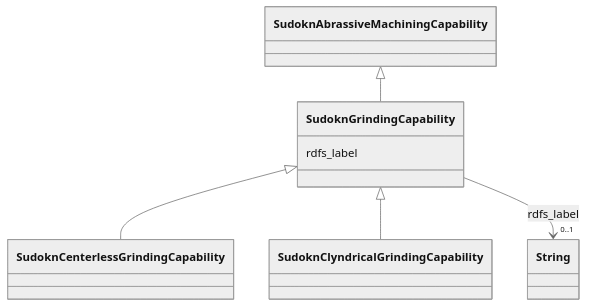
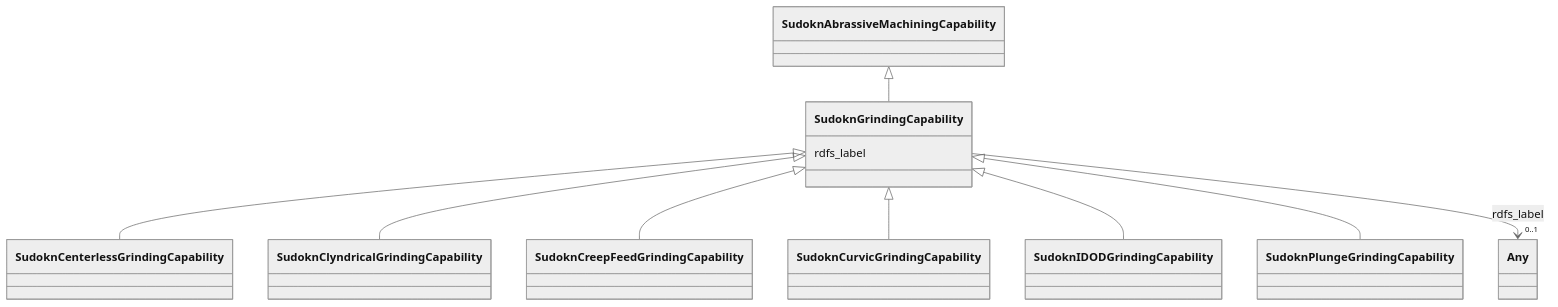
Before and after one commit to frink-okn/graph-descriptions: the diagram in sudokn-kg/classes/SudoknGrindingCapability.md, drawn with Mermaid (neutral theme). The commit also changed other lines of this file and 903 other files, not shown here.

````diff
--- a/sudokn-kg/classes/SudoknGrindingCapability.md
+++ b/sudokn-kg/classes/SudoknGrindingCapability.md
@@ -23,25 +18,33 @@
 ```mermaid
  classDiagram
     class SudoknGrindingCapability
     click SudoknGrindingCapability href "../SudoknGrindingCapability"
       SudoknAbrassiveMachiningCapability <|-- SudoknGrindingCapability
         click SudoknAbrassiveMachiningCapability href "../SudoknAbrassiveMachiningCapability"
       
 
       SudoknGrindingCapability <|-- SudoknCenterlessGrindingCapability
         click SudoknCenterlessGrindingCapability href "../SudoknCenterlessGrindingCapability"
       SudoknGrindingCapability <|-- SudoknClyndricalGrindingCapability
         click SudoknClyndricalGrindingCapability href "../SudoknClyndricalGrindingCapability"
+      SudoknGrindingCapability <|-- SudoknCreepFeedGrindingCapability
+        click SudoknCreepFeedGrindingCapability href "../SudoknCreepFeedGrindingCapability"
+      SudoknGrindingCapability <|-- SudoknCurvicGrindingCapability
+        click SudoknCurvicGrindingCapability href "../SudoknCurvicGrindingCapability"
+      SudoknGrindingCapability <|-- SudoknIDODGrindingCapability
+        click SudoknIDODGrindingCapability href "../SudoknIDODGrindingCapability"
+      SudoknGrindingCapability <|-- SudoknPlungeGrindingCapability
+        click SudoknPlungeGrindingCapability href "../SudoknPlungeGrindingCapability"
       
       
       SudoknGrindingCapability : rdfs_label
         
           
     
     
-    SudoknGrindingCapability --> "0..1" String : rdfs_label
-    click String href "../String"
+    SudoknGrindingCapability --> "0..1" Any : rdfs_label
+    click Any href "../Any"
 
         
       
 ```
````
